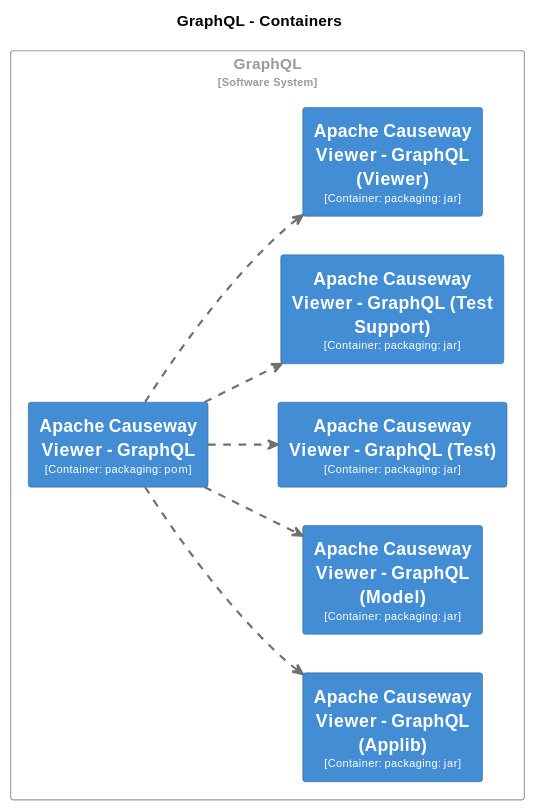
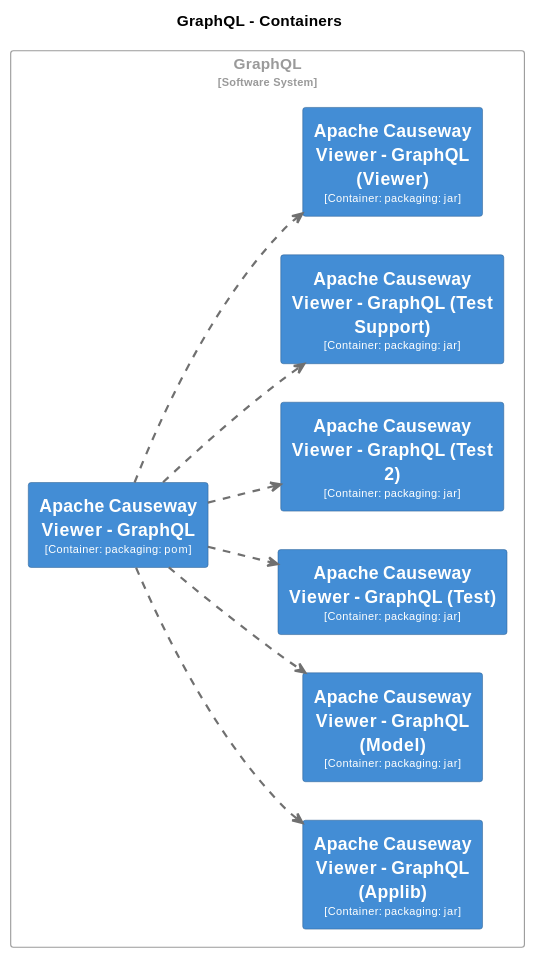
One commit to apache/causeway changed diagram 15 of 34 in core/adoc/modules/_overview/pages/about.adoc. Above: the diagram before and after it, drawn with PlantUML. The commit also changed other lines of this file and 7 other files, not shown here.

```diff
--- a/core/adoc/modules/_overview/pages/about.adoc
+++ b/core/adoc/modules/_overview/pages/about.adoc
@@ -2486,75 +2486,83 @@
 [plantuml,GraphQL,svg]
 ----
 @startuml
 set separator none
 title GraphQL - Containers
 
 left to right direction
 
 skinparam {
   arrowFontSize 10
   defaultTextAlignment center
   wrapWidth 200
   maxMessageSize 100
 }
 
 hide stereotype
 
 skinparam rectangle<<GraphQL.ApacheCausewayViewerGraphQL>> {
   BackgroundColor #438dd5
   FontColor #fffffe
   BorderColor #2e6295
   shadowing false
 }
 skinparam rectangle<<GraphQL.ApacheCausewayViewerGraphQLApplib>> {
   BackgroundColor #438dd5
   FontColor #fffffe
   BorderColor #2e6295
   shadowing false
 }
 skinparam rectangle<<GraphQL.ApacheCausewayViewerGraphQLModel>> {
   BackgroundColor #438dd5
   FontColor #fffffe
   BorderColor #2e6295
   shadowing false
 }
+skinparam rectangle<<GraphQL.ApacheCausewayViewerGraphQLTest2>> {
+  BackgroundColor #438dd5
+  FontColor #fffffe
+  BorderColor #2e6295
+  shadowing false
+}
 skinparam rectangle<<GraphQL.ApacheCausewayViewerGraphQLTestSupport>> {
   BackgroundColor #438dd5
   FontColor #fffffe
   BorderColor #2e6295
   shadowing false
 }
 skinparam rectangle<<GraphQL.ApacheCausewayViewerGraphQLTest>> {
   BackgroundColor #438dd5
   FontColor #fffffe
   BorderColor #2e6295
   shadowing false
 }
 skinparam rectangle<<GraphQL.ApacheCausewayViewerGraphQLViewer>> {
   BackgroundColor #438dd5
   FontColor #fffffe
   BorderColor #2e6295
   shadowing false
 }
 skinparam rectangle<<GraphQL>> {
   BorderColor #9a9a9a
   FontColor #9a9a9a
   shadowing false
 }
 
 rectangle "GraphQL\n<size:10>[Software System]</size>" <<GraphQL>> {
   rectangle "==Apache Causeway Viewer - GraphQL\n<size:10>[Container: packaging: pom]</size>" <<GraphQL.ApacheCausewayViewerGraphQL>> as GraphQL.ApacheCausewayViewerGraphQL
   rectangle "==Apache Causeway Viewer - GraphQL (Applib)\n<size:10>[Container: packaging: jar]</size>" <<GraphQL.ApacheCausewayViewerGraphQLApplib>> as GraphQL.ApacheCausewayViewerGraphQLApplib
   rectangle "==Apache Causeway Viewer - GraphQL (Model)\n<size:10>[Container: packaging: jar]</size>" <<GraphQL.ApacheCausewayViewerGraphQLModel>> as GraphQL.ApacheCausewayViewerGraphQLModel
   rectangle "==Apache Causeway Viewer - GraphQL (Test)\n<size:10>[Container: packaging: jar]</size>" <<GraphQL.ApacheCausewayViewerGraphQLTest>> as GraphQL.ApacheCausewayViewerGraphQLTest
+  rectangle "==Apache Causeway Viewer - GraphQL (Test 2)\n<size:10>[Container: packaging: jar]</size>" <<GraphQL.ApacheCausewayViewerGraphQLTest2>> as GraphQL.ApacheCausewayViewerGraphQLTest2
   rectangle "==Apache Causeway Viewer - GraphQL (Test Support)\n<size:10>[Container: packaging: jar]</size>" <<GraphQL.ApacheCausewayViewerGraphQLTestSupport>> as GraphQL.ApacheCausewayViewerGraphQLTestSupport
   rectangle "==Apache Causeway Viewer - GraphQL (Viewer)\n<size:10>[Container: packaging: jar]</size>" <<GraphQL.ApacheCausewayViewerGraphQLViewer>> as GraphQL.ApacheCausewayViewerGraphQLViewer
 }
 
+GraphQL.ApacheCausewayViewerGraphQL .[#707070,thickness=2].> GraphQL.ApacheCausewayViewerGraphQLModel : "<color:#707070>"
 GraphQL.ApacheCausewayViewerGraphQL .[#707070,thickness=2].> GraphQL.ApacheCausewayViewerGraphQLTest : "<color:#707070>"
+GraphQL.ApacheCausewayViewerGraphQL .[#707070,thickness=2].> GraphQL.ApacheCausewayViewerGraphQLTest2 : "<color:#707070>"
 GraphQL.ApacheCausewayViewerGraphQL .[#707070,thickness=2].> GraphQL.ApacheCausewayViewerGraphQLTestSupport : "<color:#707070>"
 GraphQL.ApacheCausewayViewerGraphQL .[#707070,thickness=2].> GraphQL.ApacheCausewayViewerGraphQLViewer : "<color:#707070>"
 GraphQL.ApacheCausewayViewerGraphQL .[#707070,thickness=2].> GraphQL.ApacheCausewayViewerGraphQLApplib : "<color:#707070>"
-GraphQL.ApacheCausewayViewerGraphQL .[#707070,thickness=2].> GraphQL.ApacheCausewayViewerGraphQLModel : "<color:#707070>"
 @enduml
 ----
```
